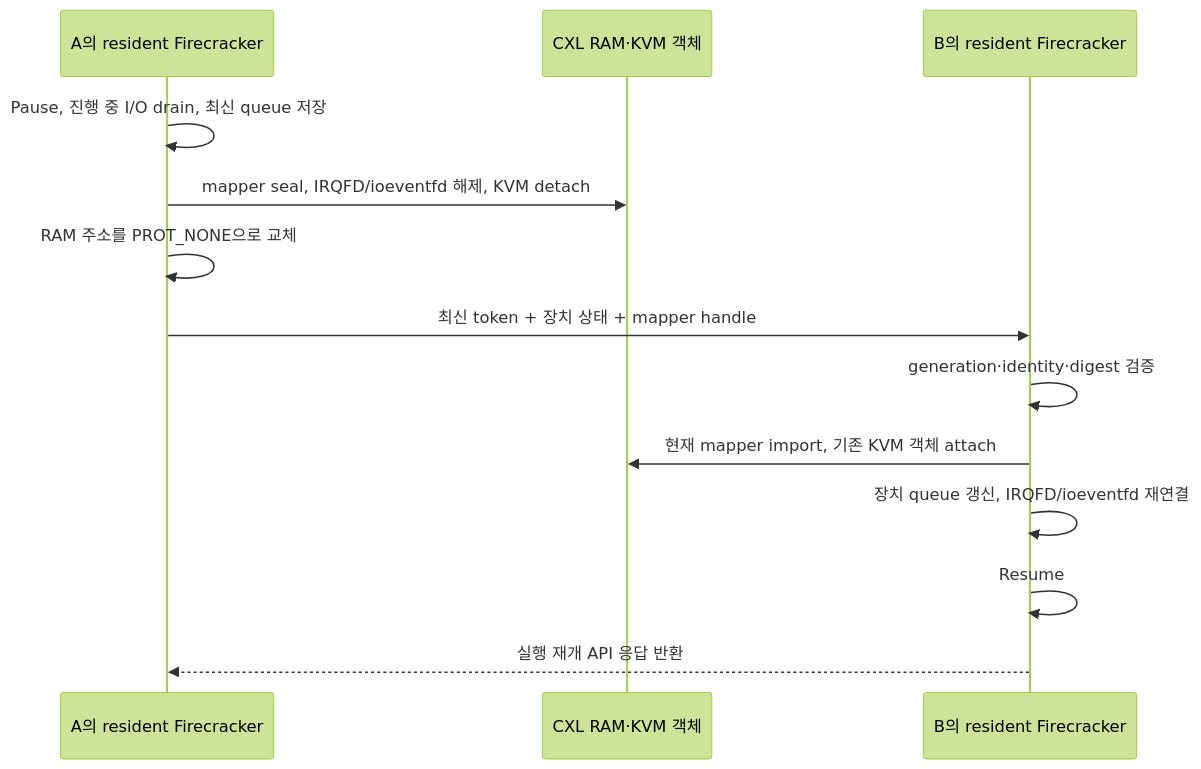
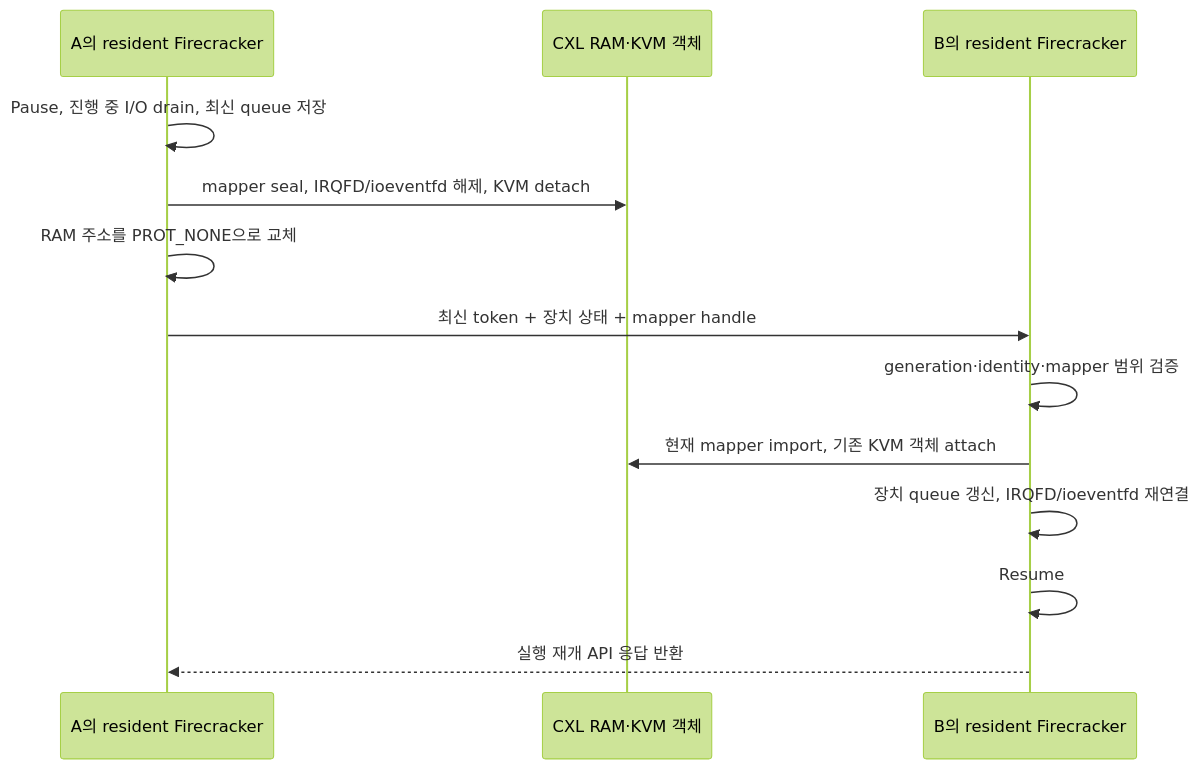
Before and after one commit to zktsd813/agent-sandbox-cxl: the diagram in docs/cxl-resident-direct.md, drawn with Mermaid (forest theme). The commit also changed other lines of this file and 1 other file, not shown here.

````diff
--- a/docs/cxl-resident-direct.md
+++ b/docs/cxl-resident-direct.md
@@ -28,15 +96,15 @@
 ```mermaid
 sequenceDiagram
     participant A as A의 resident Firecracker
     participant C as CXL RAM·KVM 객체
     participant B as B의 resident Firecracker
     A->>A: Pause, 진행 중 I/O drain, 최신 queue 저장
     A->>C: mapper seal, IRQFD/ioeventfd 해제, KVM detach
     A->>A: RAM 주소를 PROT_NONE으로 교체
     A->>B: 최신 token + 장치 상태 + mapper handle
-    B->>B: generation·identity·digest 검증
+    B->>B: generation·identity·mapper 범위 검증
     B->>C: 현재 mapper import, 기존 KVM 객체 attach
     B->>B: 장치 queue 갱신, IRQFD/ioeventfd 재연결
     B->>B: Resume
     B-->>A: 실행 재개 API 응답 반환
 ```
````
